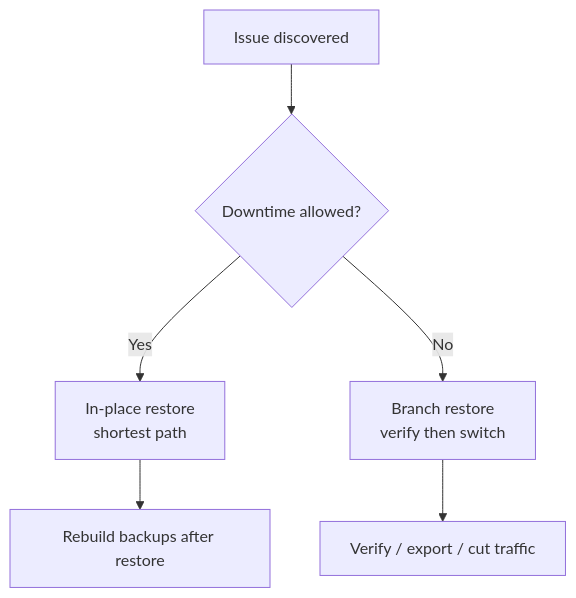
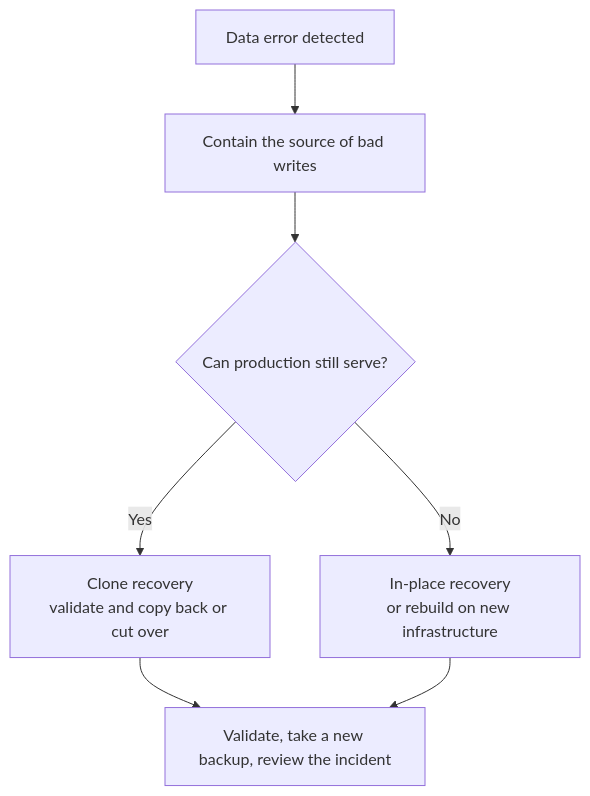
One commit to pgsty/pigsty.io changed the diagram in content/docs/concept/pitr/scenarios.md. Above: the diagram before and after it, drawn with Mermaid. The commit also changed other lines of this file and 15 other files, not shown here.

````diff
--- a/content/docs/concept/pitr/scenarios.md
+++ b/content/docs/concept/pitr/scenarios.md
@@ -37,8 +34,9 @@
 ```mermaid
 flowchart TD
-    A["Issue discovered"] --> B{"Downtime allowed?"}
-    B -->|Yes| C["In-place restore<br/>shortest path"]
-    B -->|No| D["Branch restore<br/>verify then switch"]
-    C --> E["Rebuild backups after restore"]
-    D --> F["Verify / export / cut traffic"]
+    A["Data error detected"] --> B["Contain the source of bad writes"]
+    B --> C{"Can production still serve?"}
+    C -->|Yes| D["Clone recovery<br/>validate and copy back or cut over"]
+    C -->|No| E["In-place recovery<br/>or rebuild on new infrastructure"]
+    D --> F["Validate, take a new backup, review the incident"]
+    E --> F
 ```
````
